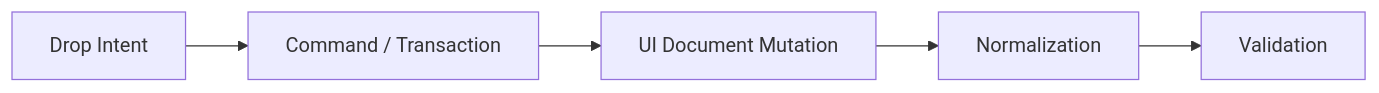
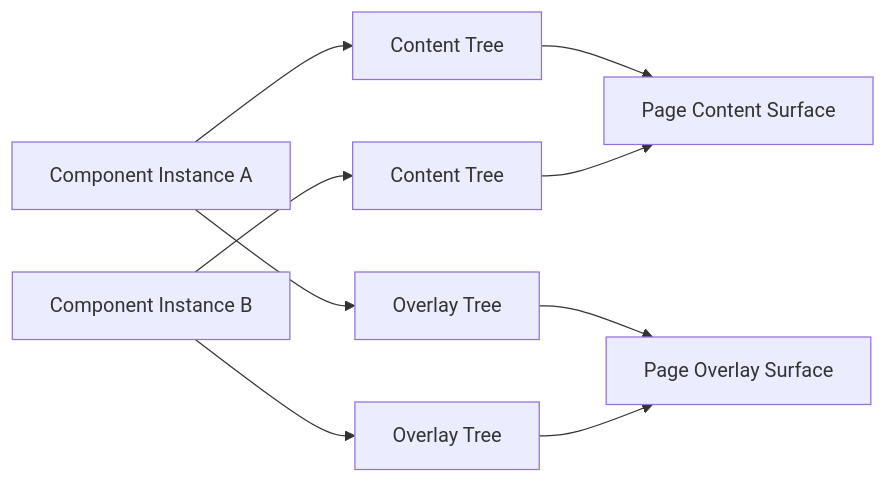
One commit to northwest-hcu/FlagShip changed the second of 2 diagrams in docs/architecture/05-ui-and-responsive-model.md. Above: the diagram before and after it, drawn with Mermaid. The commit also changed other lines of this file and 11 other files, not shown here.

Commit message:
docs: align architecture with component ownership model

````diff
--- a/docs/architecture/05-ui-and-responsive-model.md
+++ b/docs/architecture/05-ui-and-responsive-model.md
@@ -616,7 +273,13 @@
 ```mermaid
 flowchart LR
-    Intent["Drop Intent"] --> Command["Command / Transaction"]
-    Command --> Mutation["UI Document Mutation"]
-    Mutation --> Normalize["Normalization"]
-    Normalize --> Validate["Validation"]
+    InstanceA["Component Instance A"] --> ContentA["Content Tree"]
+    InstanceA --> OverlayA["Overlay Tree"]
+
+    InstanceB["Component Instance B"] --> ContentB["Content Tree"]
+    InstanceB --> OverlayB["Overlay Tree"]
+
+    ContentA --> PageContent["Page Content Surface"]
+    ContentB --> PageContent
+    OverlayA --> PageOverlay["Page Overlay Surface"]
+    OverlayB --> PageOverlay
 ```
````
